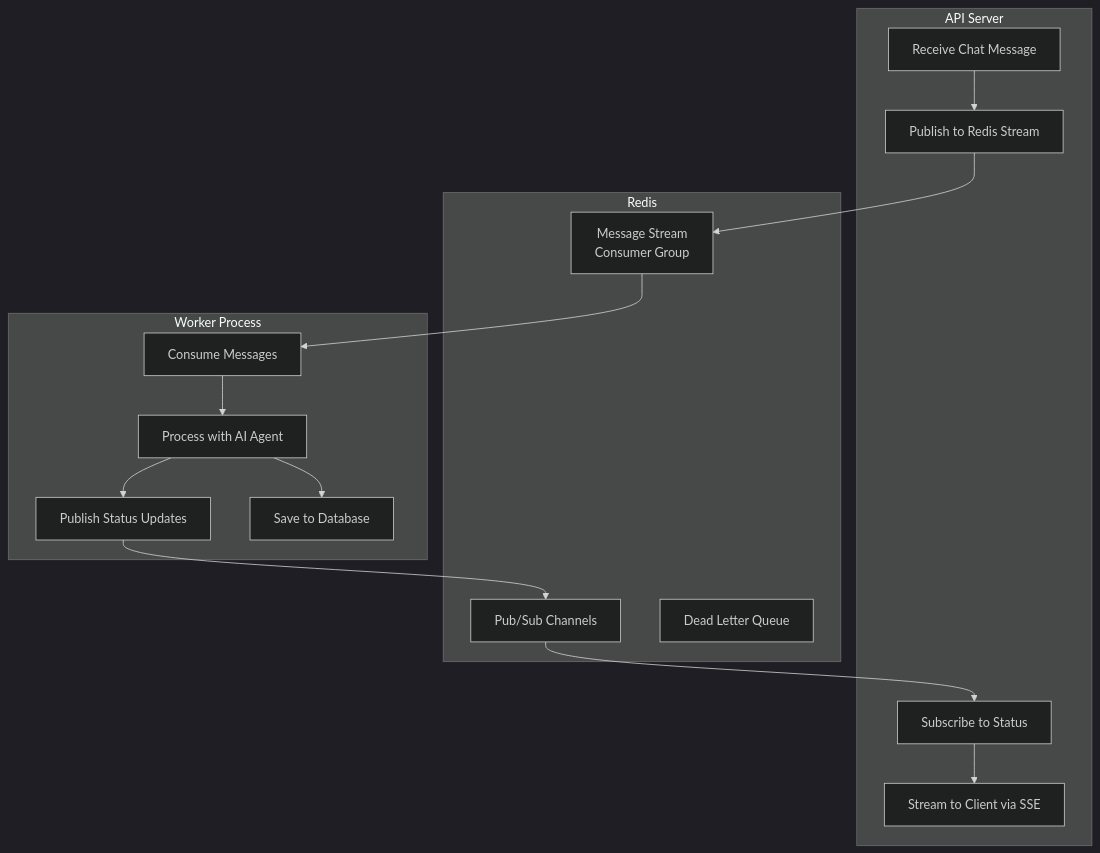
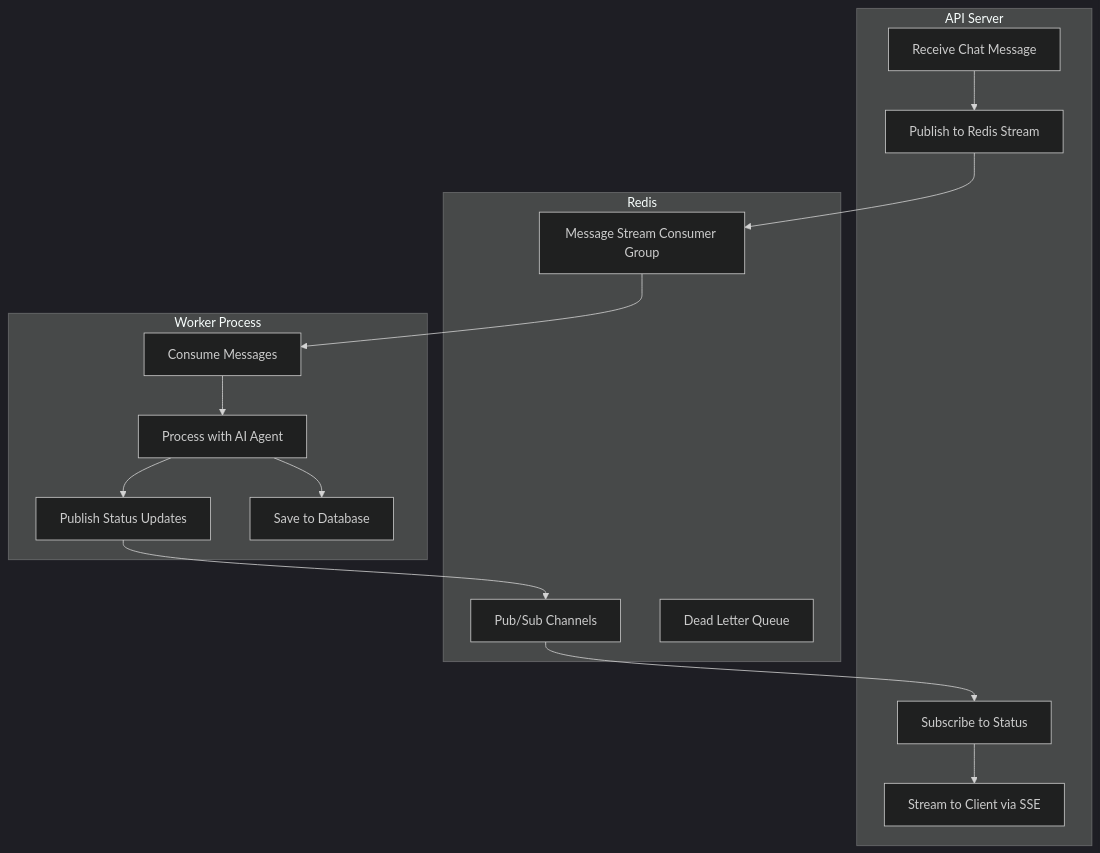
Before and after one commit to himanshuraimau/Kuma: the second of 8 diagrams in docss/arch.docs.md, drawn with Mermaid (dark theme). The commit also changed other lines of this file and 3 other files, not shown here.

Commit message:
docs: Condense multi-line mermaid diagram labels to single lines for improved readability.

````diff
--- a/docss/arch.docs.md
+++ b/docss/arch.docs.md
@@ -75,32 +75,32 @@
 ```mermaid
 flowchart TB
     subgraph Producer["API Server"]
         Receive[Receive Chat Message]
         Publish[Publish to Redis Stream]
         Subscribe[Subscribe to Status]
         SSE[Stream to Client via SSE]
     end
     
     subgraph Redis["Redis"]
-        Stream[Message Stream\nConsumer Group]
+        Stream[Message Stream Consumer Group]
         PubSub[Pub/Sub Channels]
         DLQ[Dead Letter Queue]
     end
     
     subgraph Worker["Worker Process"]
         Consume[Consume Messages]
         Process[Process with AI Agent]
         UpdateStatus[Publish Status Updates]
         SaveDB[Save to Database]
     end
     
     Receive --> Publish
     Publish --> Stream
     Stream --> Consume
     Consume --> Process
     Process --> UpdateStatus
     UpdateStatus --> PubSub
     PubSub --> Subscribe
     Subscribe --> SSE
     Process --> SaveDB
 ```
````
